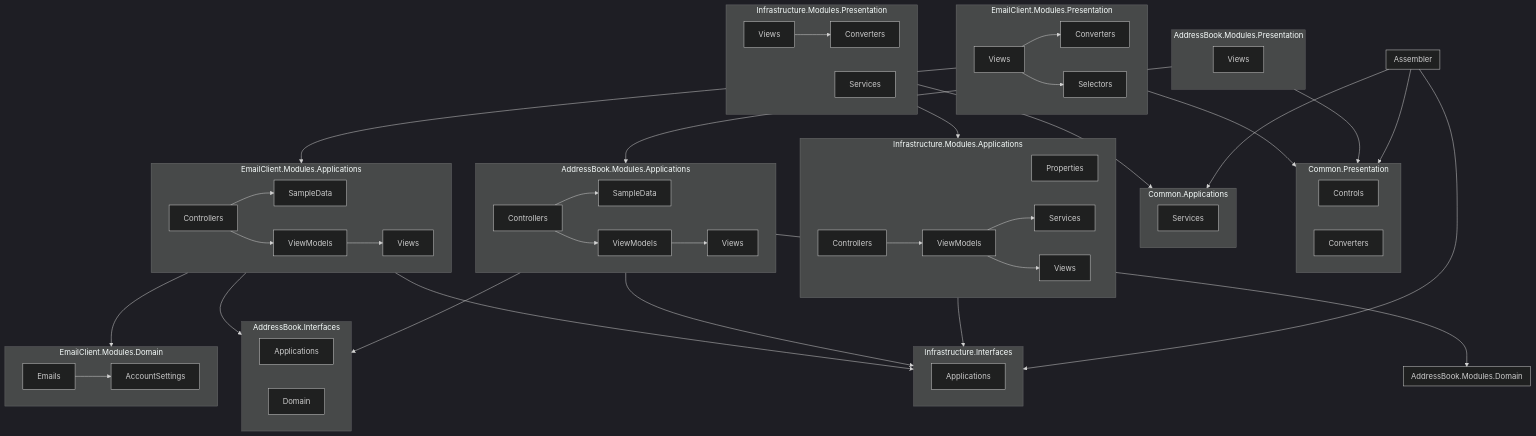
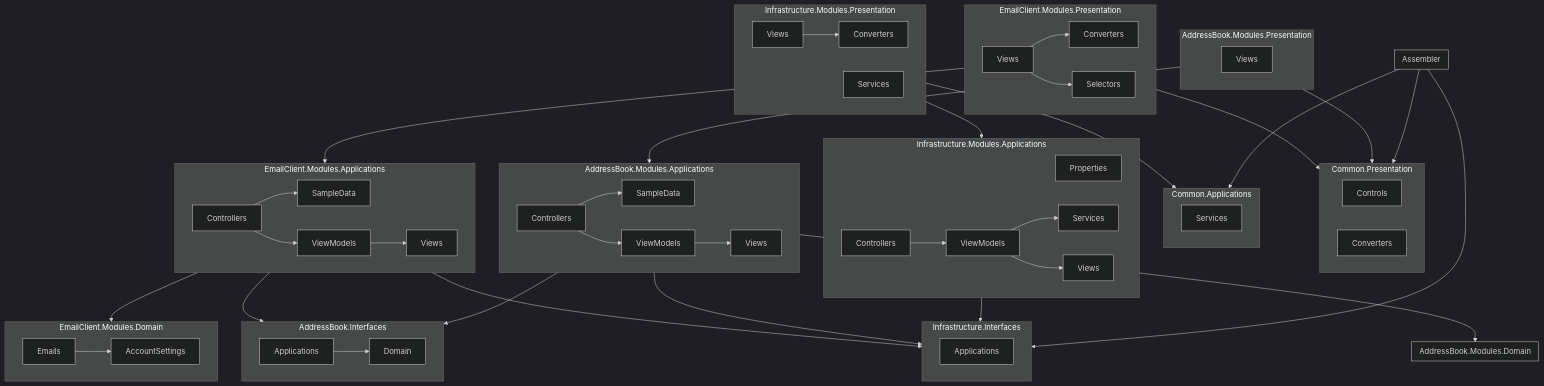
Before and after one commit to jbe2277/waf: the diagram in src/System.Waf/Samples/InformationManager/Architecture.md, drawn with Mermaid (dark theme). The commit also changed 2 other files, not shown here.

Commit message:
InfoMan: Add missing rules

```diff
--- a/src/System.Waf/Samples/InformationManager/Architecture.md
+++ b/src/System.Waf/Samples/InformationManager/Architecture.md
@@ -106,6 +106,8 @@
   EP --> EA
   EP --> CP
 
+  AI_A --> AI_D
+
   ED_E --> ED_AS
 
   IMA_C --> IMA_VM
```
